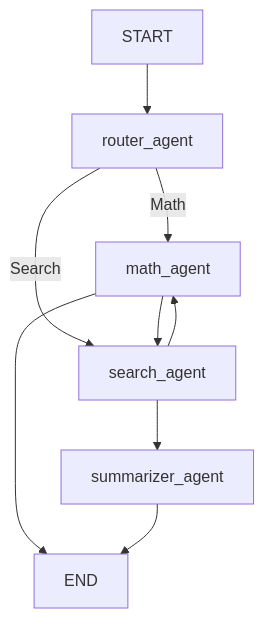
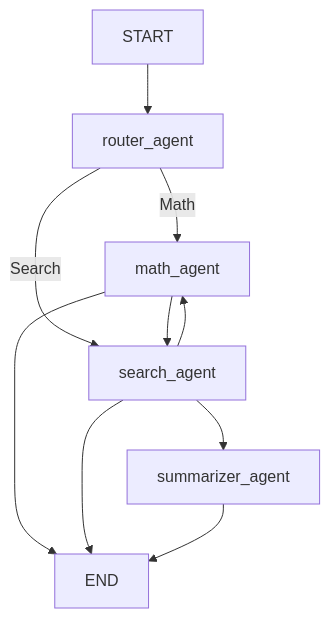
One commit to Debyendu2000/-MathSage-AI- changed the diagram in README.md. Above: the diagram before and after it, drawn with Mermaid.

````diff
--- a/README.md
+++ b/README.md
@@ -104,11 +104,12 @@
 ```mermaid
 graph TD
     START --> router_agent
     router_agent -->|Math| math_agent
     router_agent -->|Search| search_agent
     math_agent --> search_agent
     math_agent --> END
     search_agent --> math_agent
+    search_agent --> END
     search_agent --> summarizer_agent
     summarizer_agent --> END
 ```
````
